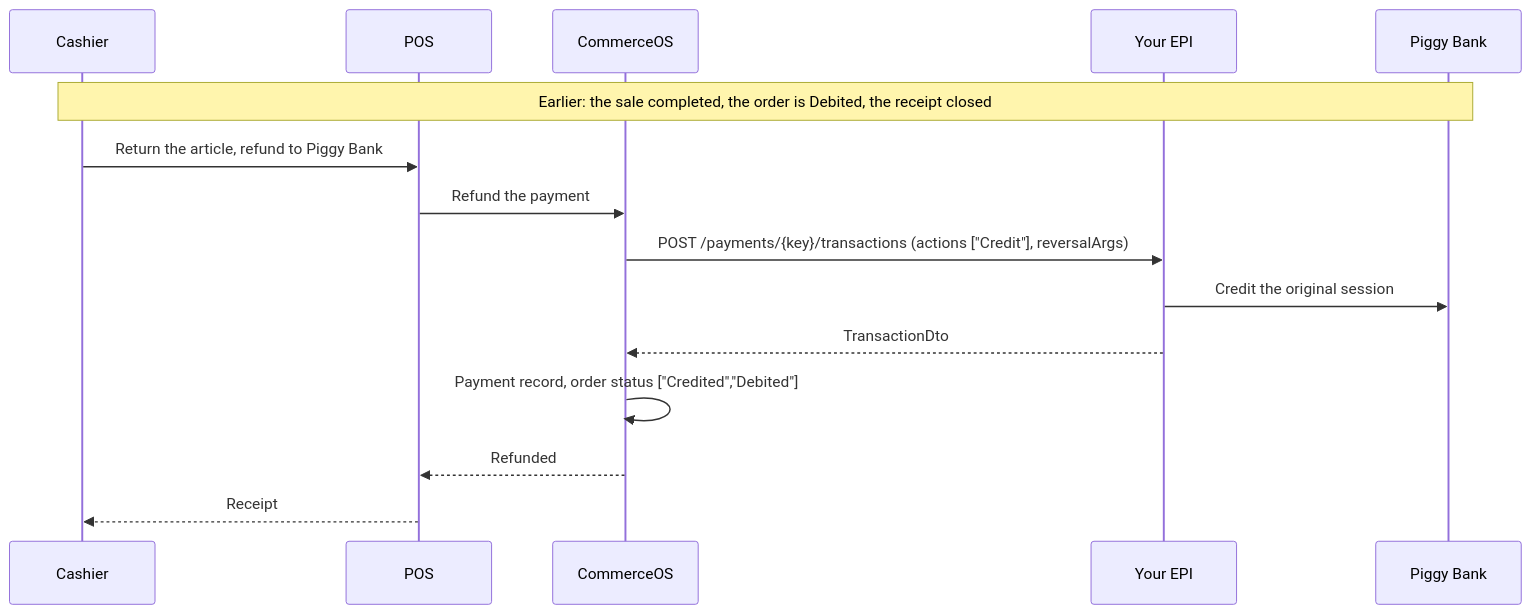
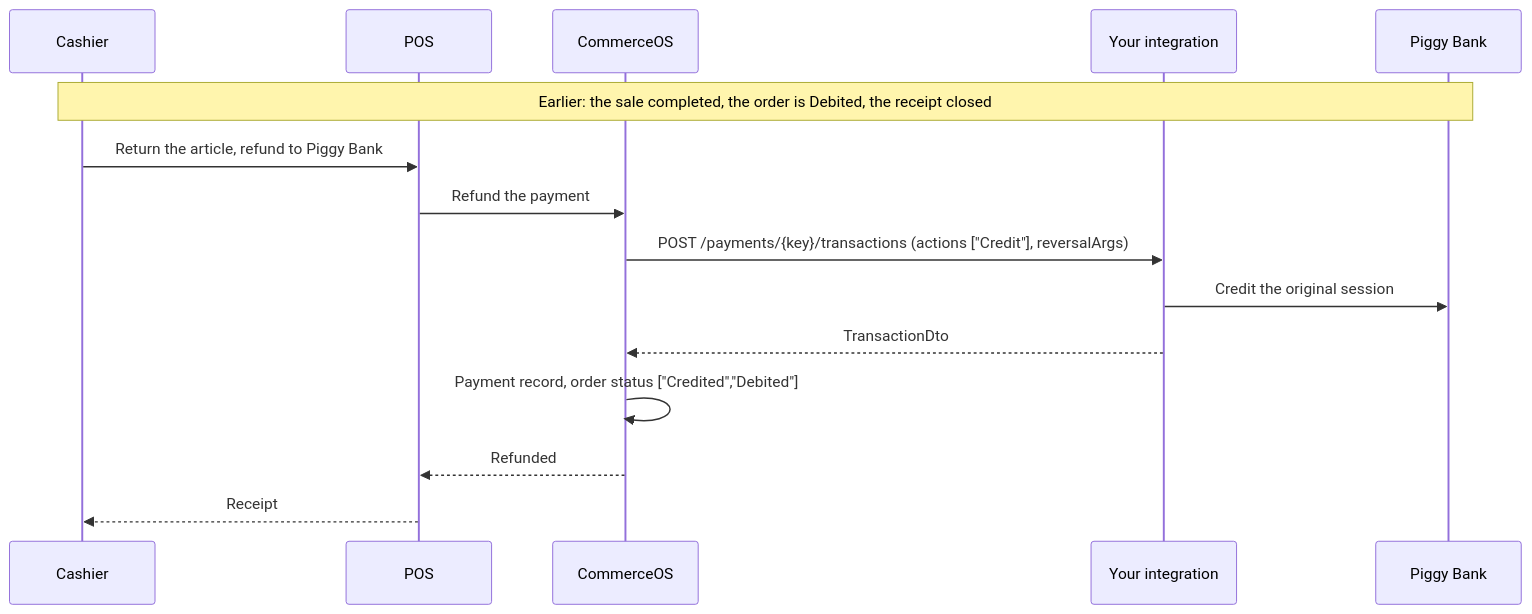
Before and after one commit to ByHeads/commerceos-api-reference: the third of 4 diagrams in guide/examples/payment-epi/flows.md, drawn with Mermaid. The commit also changed other lines of this file and 19 other files, not shown here.

First line of the commit message:
docs(payment-epi): the partner builds an integration, and its credential comes from install

````diff
--- a/guide/examples/payment-epi/flows.md
+++ b/guide/examples/payment-epi/flows.md
@@ -62,17 +62,17 @@
 ```mermaid
 sequenceDiagram
     participant Cashier
     participant POS
     participant CommerceOS
-    participant EPI as Your EPI
+    participant Integration as Your integration
     participant Bank as Piggy Bank
     Note over Cashier,Bank: Earlier: the sale completed, the order is Debited, the receipt closed
     Cashier->>POS: Return the article, refund to Piggy Bank
     POS->>CommerceOS: Refund the payment
-    CommerceOS->>EPI: POST /payments/{key}/transactions (actions ["Credit"], reversalArgs)
-    EPI->>Bank: Credit the original session
-    EPI-->>CommerceOS: TransactionDto
+    CommerceOS->>Integration: POST /payments/{key}/transactions (actions ["Credit"], reversalArgs)
+    Integration->>Bank: Credit the original session
+    Integration-->>CommerceOS: TransactionDto
     CommerceOS->>CommerceOS: Payment record, order status ["Credited","Debited"]
     CommerceOS-->>POS: Refunded
     POS-->>Cashier: Receipt
 ```
````
